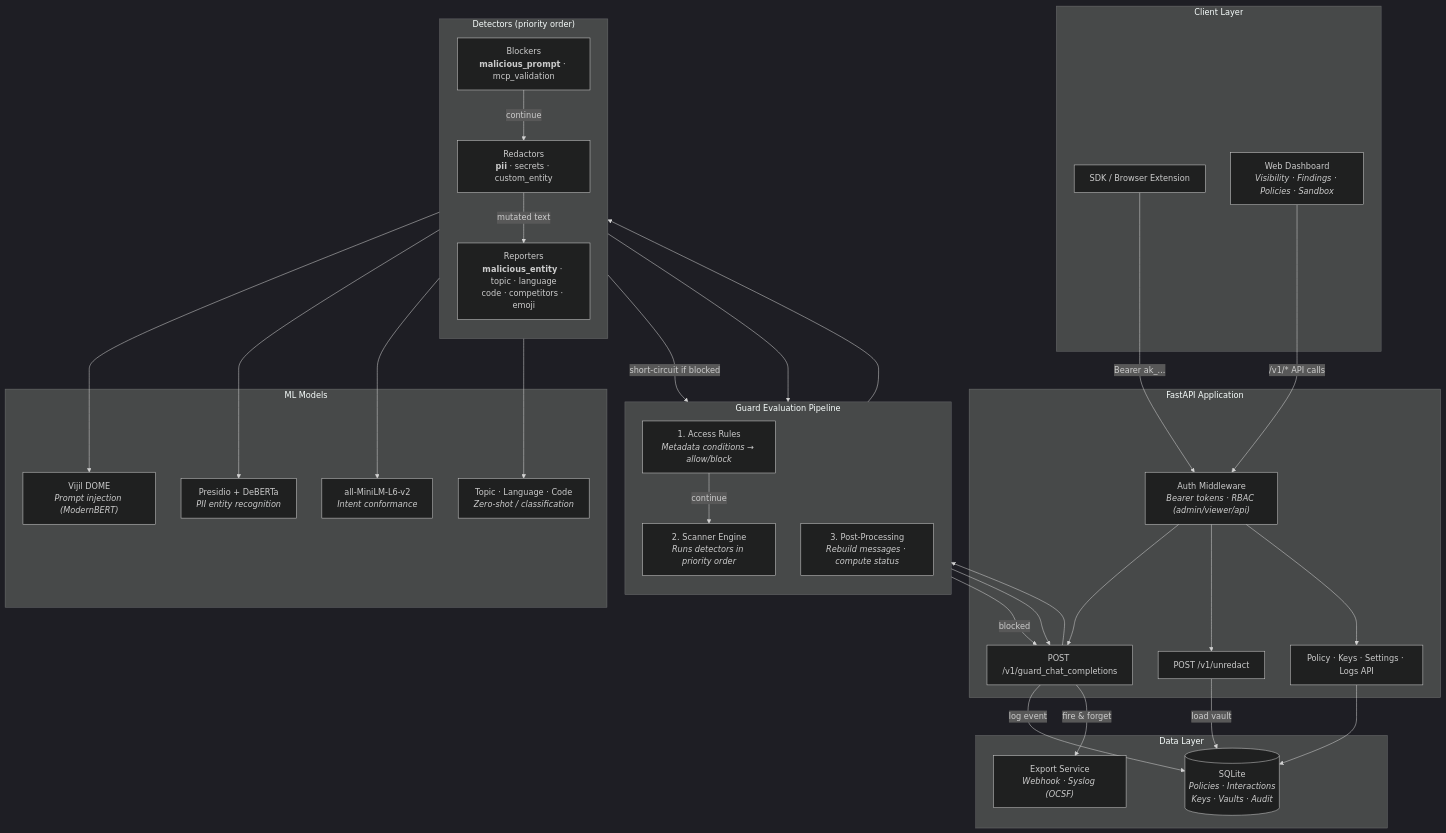
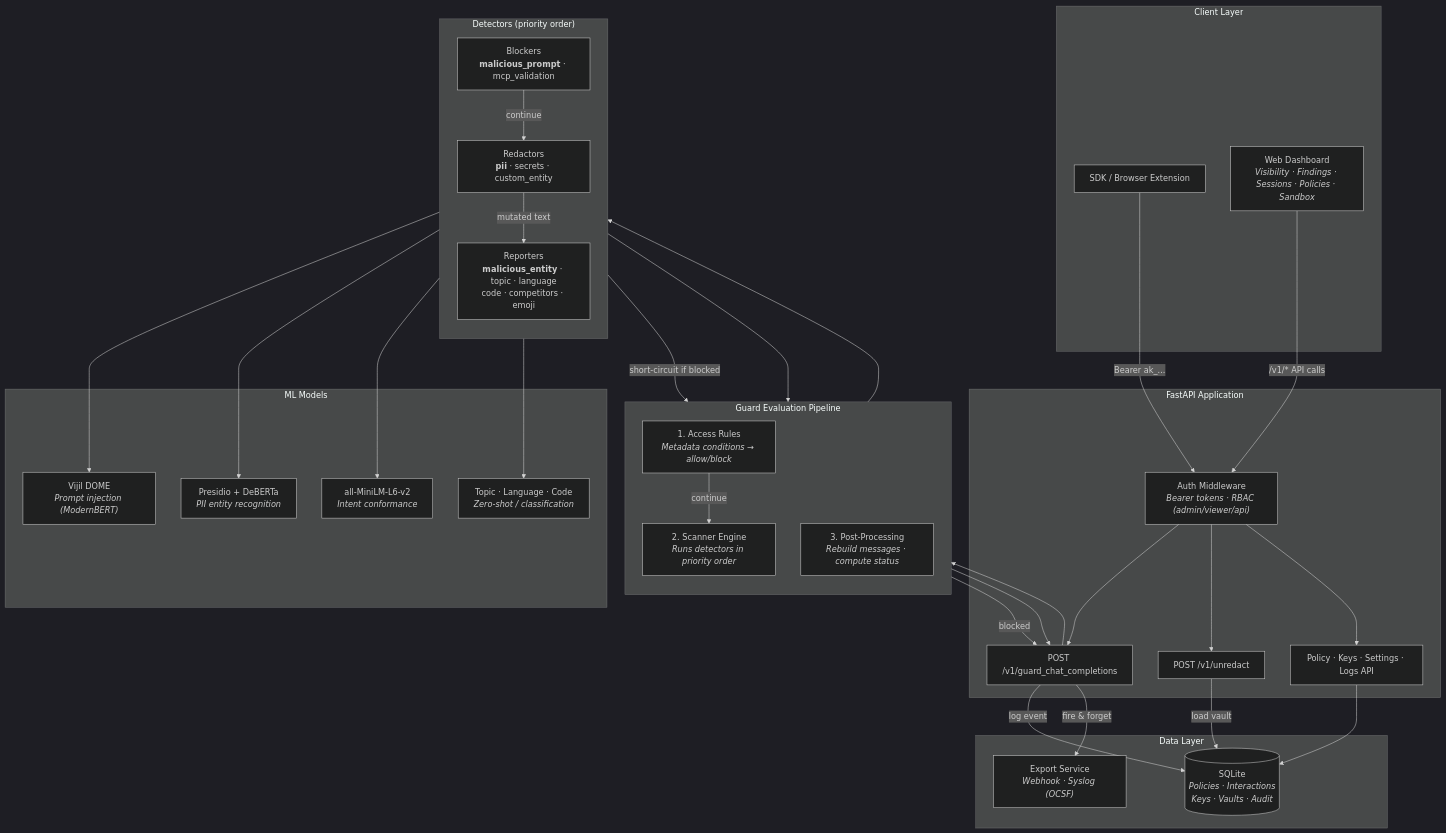
The diagram in README.md (tidewall-security/tidewall-server), drawn with Mermaid (dark theme) before and after one commit. The commit also changed other lines of this file and 15 other files, not shown here.

````diff
--- a/README.md
+++ b/README.md
@@ -26,66 +26,66 @@
 ```mermaid
 flowchart TB
     subgraph Client["Client Layer"]
         SDK["SDK / Browser Extension"]
-        Dashboard["Web Dashboard<br/><i>Visibility · Findings · Policies · Sandbox</i>"]
+        Dashboard["Web Dashboard<br/><i>Visibility · Findings · Sessions · Policies · Sandbox</i>"]
     end
 
     subgraph API["FastAPI Application"]
         Guard["POST /v1/guard_chat_completions"]
         Unredact["POST /v1/unredact"]
         Admin["Policy · Keys · Settings · Logs API"]
         Auth["Auth Middleware<br/><i>Bearer tokens · RBAC (admin/viewer/api)</i>"]
     end
 
     subgraph Pipeline["Guard Evaluation Pipeline"]
         direction TB
         AccessRules["1. Access Rules<br/><i>Metadata conditions → allow/block</i>"]
         Engine["2. Scanner Engine<br/><i>Runs detectors in priority order</i>"]
         PostProc["3. Post-Processing<br/><i>Rebuild messages · compute status</i>"]
     end
 
     subgraph Detectors["Detectors (priority order)"]
         direction TB
         Blockers["Blockers<br/><b>malicious_prompt</b> · mcp_validation"]
         Redactors["Redactors<br/><b>pii</b> · secrets · custom_entity"]
         Reporters["Reporters<br/><b>malicious_entity</b> · topic · language<br/>code · competitors · emoji"]
     end
 
     subgraph Models["ML Models"]
         DOME["Vijil DOME<br/><i>Prompt injection (ModernBERT)</i>"]
         Presidio["Presidio + DeBERTa<br/><i>PII entity recognition</i>"]
         SentTrans["all-MiniLM-L6-v2<br/><i>Intent conformance</i>"]
         Other["Topic · Language · Code<br/><i>Zero-shot / classification</i>"]
     end
 
     subgraph Storage["Data Layer"]
         DB[("SQLite<br/><i>Policies · Interactions<br/>Keys · Vaults · Audit</i>")]
         Export["Export Service<br/><i>Webhook · Syslog (OCSF)</i>"]
     end
 
     SDK -->|"Bearer ak_..."| Auth
     Dashboard -->|"/v1/* API calls"| Auth
     Auth --> Guard
     Auth --> Unredact
     Auth --> Admin
 
     Guard --> AccessRules
     AccessRules -->|"blocked"| Guard
     AccessRules -->|"continue"| Engine
     Engine --> Blockers
     Blockers -->|"short-circuit if blocked"| PostProc
     Blockers -->|"continue"| Redactors
     Redactors -->|"mutated text"| Reporters
     Reporters --> PostProc
     PostProc --> Guard
 
     Blockers --> DOME
     Redactors --> Presidio
     Blockers --> SentTrans
     Reporters --> Other
 
     Guard -->|"log event"| DB
     Guard -->|"fire & forget"| Export
     Unredact -->|"load vault"| DB
     Admin --> DB
 ```
````
